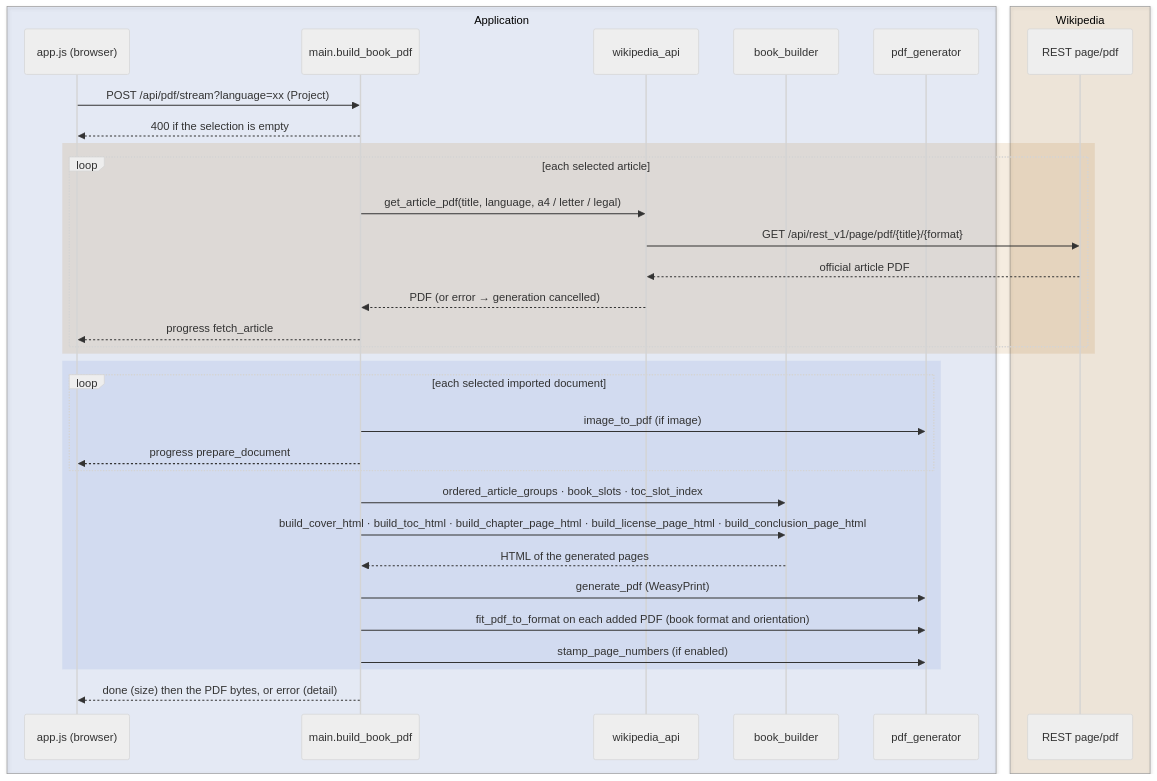
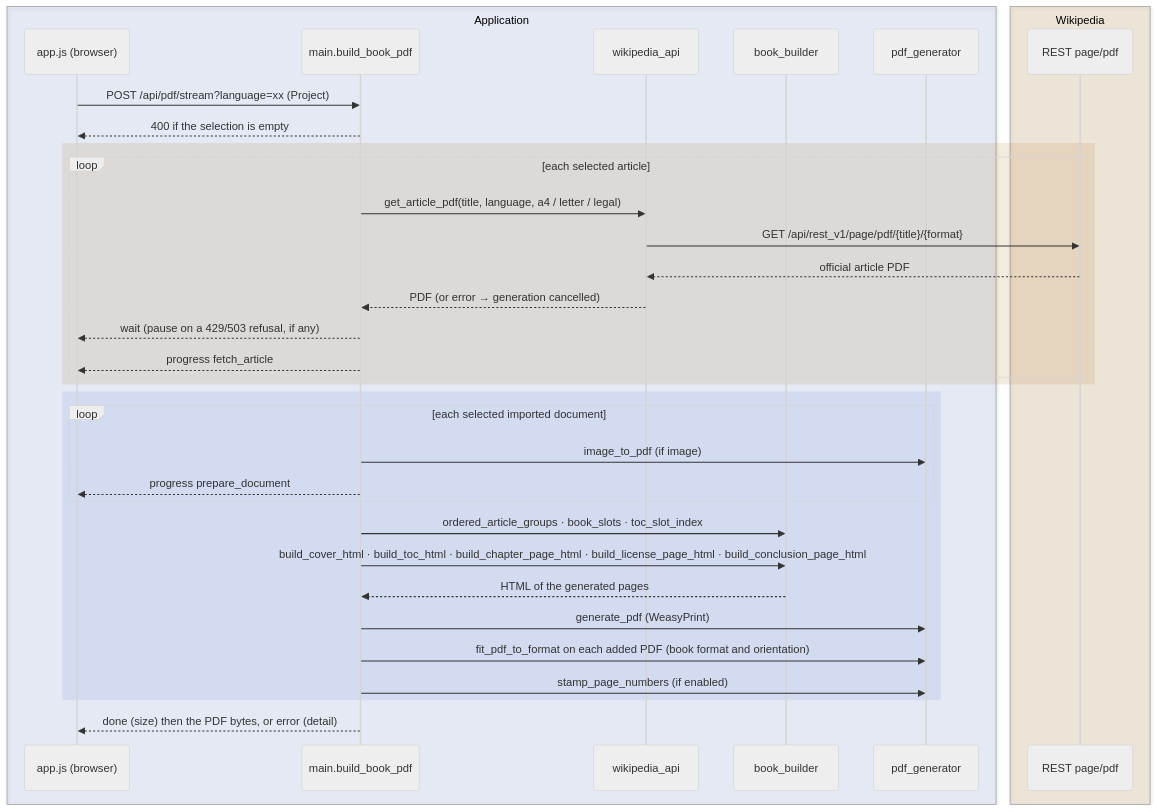
The second of 2 diagrams in docs/SPECIFICATIONS.en.md (gmoulard/wikipedia2book), drawn with Mermaid (neutral theme) before and after one commit. The commit also changed other lines of this file and 14 other files, not shown here.

````diff
--- a/docs/SPECIFICATIONS.en.md
+++ b/docs/SPECIFICATIONS.en.md
@@ -941,38 +941,39 @@
 ```mermaid
 sequenceDiagram
     box rgba(51,102,204,0.10) Application
         participant U as app.js (browser)
         participant M as main.build_book_pdf
         participant W as wikipedia_api
         participant B as book_builder
         participant P as pdf_generator
     end
     box rgba(172,102,0,0.12) Wikipedia
         participant R as REST page/pdf
     end
 
     U->>M: POST /api/pdf/stream?language=xx (Project)
     M-->>U: 400 if the selection is empty
     rect rgba(172,102,0,0.12)
         loop each selected article
             M->>W: get_article_pdf(title, language, a4 / letter / legal)
             W->>R: GET /api/rest_v1/page/pdf/{title}/{format}
             R-->>W: official article PDF
             W-->>M: PDF (or error → generation cancelled)
+            M-->>U: wait (pause on a 429/503 refusal, if any)
             M-->>U: progress fetch_article
         end
     end
     rect rgba(51,102,204,0.10)
         loop each selected imported document
             M->>P: image_to_pdf (if image)
             M-->>U: progress prepare_document
         end
         M->>B: ordered_article_groups · book_slots · toc_slot_index
         M->>B: build_cover_html · build_toc_html · build_chapter_page_html · build_license_page_html · build_conclusion_page_html
         B-->>M: HTML of the generated pages
         M->>P: generate_pdf (WeasyPrint)
         M->>P: fit_pdf_to_format on each added PDF (book format and orientation)
         M->>P: stamp_page_numbers (if enabled)
     end
     M-->>U: done (size) then the PDF bytes, or error (detail)
 ```
````
